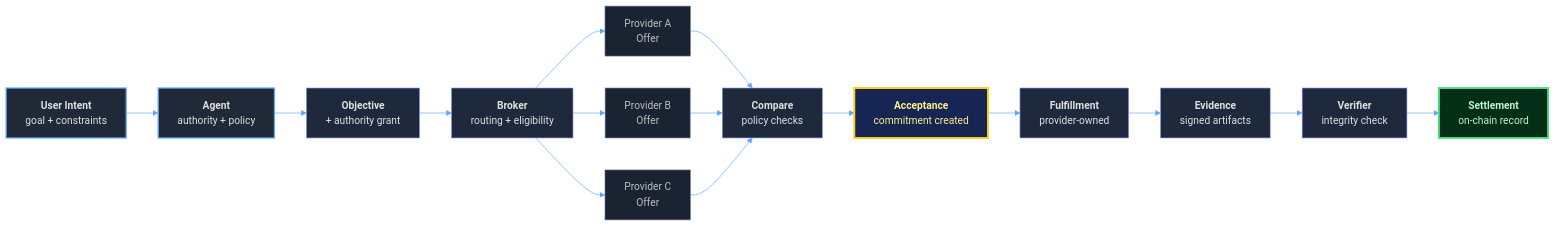
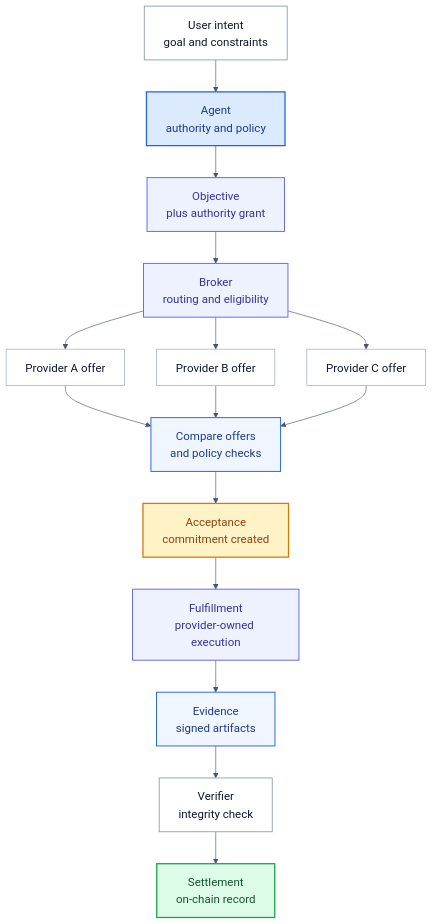
One commit to csehammad/covenant-layer changed the diagram in docs/img/request-to-settlement.mmd. Above: the diagram before and after it, drawn with Mermaid. The commit also changed 9 other files, not shown here.

Commit message:
updated diagrams

```diff
--- a/docs/img/request-to-settlement.mmd
+++ b/docs/img/request-to-settlement.mmd
@@ -1,31 +1,31 @@
-%%{init: {'theme': 'base', 'themeVariables': { 'primaryColor': '#1a1a2e', 'primaryTextColor': '#e0e0e0', 'primaryBorderColor': '#555', 'lineColor': '#58a6ff', 'secondaryColor': '#16213e', 'tertiaryColor': '#0f3460', 'background': '#0d1117', 'mainBkg': '#161b22', 'nodeBorder': '#30363d', 'clusterBkg': '#161b22', 'titleColor': '#e0e0e0', 'edgeLabelBackground': '#161b22'}}}%%
+%%{init: {'theme': 'base', 'themeVariables': { 'background': '#ffffff', 'mainBkg': '#ffffff', 'primaryColor': '#eff6ff', 'primaryTextColor': '#0f172a', 'primaryBorderColor': '#2563eb', 'lineColor': '#475569', 'secondaryColor': '#f8fafc', 'tertiaryColor': '#eef2ff', 'clusterBkg': '#f8fafc', 'titleColor': '#0f172a', 'edgeLabelBackground': '#ffffff', 'fontSize': '18px', 'fontFamily': 'Inter, Arial, sans-serif' }}}%%
 
-flowchart LR
-    U["<b>User Intent</b><br/>goal + constraints"] --> A["<b>Agent</b><br/>authority + policy"]
-    A --> O["<b>Objective</b><br/>+ authority grant"]
-    O --> B["<b>Broker</b><br/>routing + eligibility"]
-    B --> P1["Provider A<br/>Offer"]
-    B --> P2["Provider B<br/>Offer"]
-    B --> P3["Provider C<br/>Offer"]
-    P1 --> C["<b>Compare</b><br/>policy checks"]
+flowchart TB
+    U["User intent<br/>goal and constraints"] --> A["Agent<br/>authority and policy"]
+    A --> O["Objective<br/>plus authority grant"]
+    O --> B["Broker<br/>routing and eligibility"]
+    B --> P1["Provider A offer"]
+    B --> P2["Provider B offer"]
+    B --> P3["Provider C offer"]
+    P1 --> C["Compare offers<br/>and policy checks"]
     P2 --> C
     P3 --> C
-    C --> X["<b>Acceptance</b><br/>commitment created"]
-    X --> F["<b>Fulfillment</b><br/>provider-owned"]
-    F --> E["<b>Evidence</b><br/>signed artifacts"]
-    E --> V["<b>Verifier</b><br/>integrity check"]
-    V --> S["<b>Settlement</b><br/>on-chain record"]
+    C --> X["Acceptance<br/>commitment created"]
+    X --> F["Fulfillment<br/>provider-owned execution"]
+    F --> E["Evidence<br/>signed artifacts"]
+    E --> V["Verifier<br/>integrity check"]
+    V --> S["Settlement<br/>on-chain record"]
 
-    style U fill:#1f2937,stroke:#60a5fa,color:#e0e0e0,stroke-width:2px
-    style A fill:#1f2937,stroke:#60a5fa,color:#e0e0e0,stroke-width:2px
-    style O fill:#1e293b,stroke:#818cf8,color:#e0e0e0,stroke-width:1px
-    style B fill:#1e293b,stroke:#818cf8,color:#e0e0e0,stroke-width:1px
-    style P1 fill:#1a2332,stroke:#64748b,color:#c0c0c0,stroke-width:1px
-    style P2 fill:#1a2332,stroke:#64748b,color:#c0c0c0,stroke-width:1px
-    style P3 fill:#1a2332,stroke:#64748b,color:#c0c0c0,stroke-width:1px
-    style C fill:#1e293b,stroke:#818cf8,color:#e0e0e0,stroke-width:1px
-    style X fill:#172554,stroke:#facc15,color:#fef08a,stroke-width:3px
-    style F fill:#1e293b,stroke:#818cf8,color:#e0e0e0,stroke-width:1px
-    style E fill:#1e293b,stroke:#818cf8,color:#e0e0e0,stroke-width:1px
-    style V fill:#1e293b,stroke:#818cf8,color:#e0e0e0,stroke-width:1px
-    style S fill:#052e16,stroke:#4ade80,color:#bbf7d0,stroke-width:3px
+    style U fill:#ffffff,stroke:#94a3b8,color:#0f172a,stroke-width:1.5px
+    style A fill:#dbeafe,stroke:#2563eb,color:#1e3a8a,stroke-width:2px
+    style O fill:#eef2ff,stroke:#6366f1,color:#3730a3,stroke-width:1.5px
+    style B fill:#eef2ff,stroke:#6366f1,color:#3730a3,stroke-width:1.5px
+    style P1 fill:#ffffff,stroke:#94a3b8,color:#0f172a
+    style P2 fill:#ffffff,stroke:#94a3b8,color:#0f172a
+    style P3 fill:#ffffff,stroke:#94a3b8,color:#0f172a
+    style C fill:#eff6ff,stroke:#2563eb,color:#1e3a8a,stroke-width:1.5px
+    style X fill:#fef3c7,stroke:#d97706,color:#92400e,stroke-width:2px
+    style F fill:#eef2ff,stroke:#6366f1,color:#3730a3,stroke-width:1.5px
+    style E fill:#eff6ff,stroke:#2563eb,color:#1e3a8a,stroke-width:1.5px
+    style V fill:#ffffff,stroke:#94a3b8,color:#0f172a,stroke-width:1.5px
+    style S fill:#dcfce7,stroke:#16a34a,color:#14532d,stroke-width:2px
```
